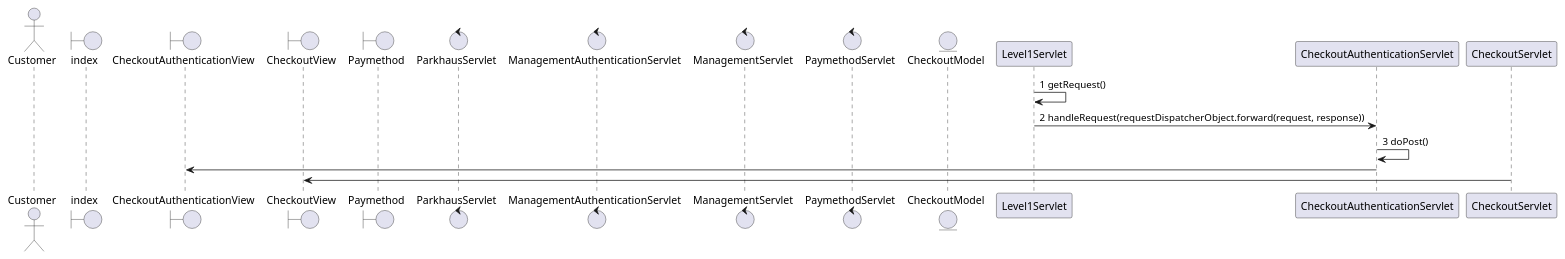
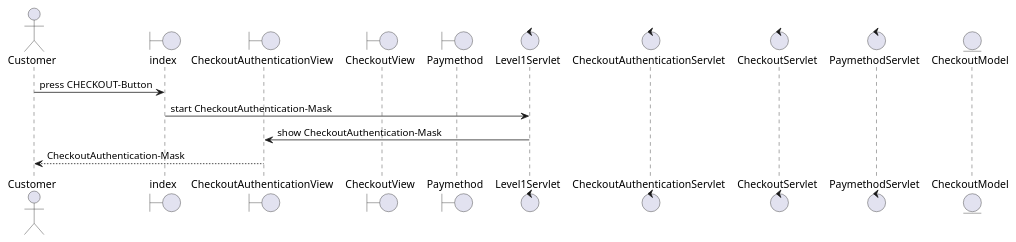
One commit to 1nbetw33n/Parkhaus_new changed the diagram in src/main/parkhaus-project/Parkhaus/java/Planung/DIAGRAMM/sd_Checkout.puml. Above: the diagram before and after it, drawn with PlantUML. The commit also changed 1 other file, not shown here.

Commit message:
Added Authentication-Mask

```diff
--- a/src/main/parkhaus-project/Parkhaus/java/Planung/DIAGRAMM/sd_Checkout.puml
+++ b/src/main/parkhaus-project/Parkhaus/java/Planung/DIAGRAMM/sd_Checkout.puml
@@ -2,22 +2,19 @@
 @startuml
 'https://plantuml.com/class-diagram
 'Erstellt von Rahgawi
 actor Customer
 boundary index
 boundary CheckoutAuthenticationView
 boundary CheckoutView
 boundary Paymethod
-control ParkhausServlet
-control ManagementAuthenticationServlet
-control ManagementServlet
+control Level1Servlet
+control CheckoutAuthenticationServlet
+control CheckoutServlet
 control PaymethodServlet
 entity CheckoutModel
+Customer -> index : press CHECKOUT-Button
+index -> Level1Servlet : start CheckoutAuthentication-Mask
+Level1Servlet -> CheckoutAuthenticationView : show CheckoutAuthentication-Mask
+CheckoutAuthenticationView --> Customer : CheckoutAuthentication-Mask
 
-
-Level1Servlet-> Level1Servlet: 1 getRequest()
-Level1Servlet-> CheckoutAuthenticationServlet: 2 handleRequest(requestDispatcherObject.forward(request, response))
-
-CheckoutAuthenticationServlet -> CheckoutAuthenticationServlet:3 doPost()
-CheckoutAuthenticationServlet -> CheckoutAuthenticationView
-CheckoutServlet -> CheckoutView
 @enduml
```
